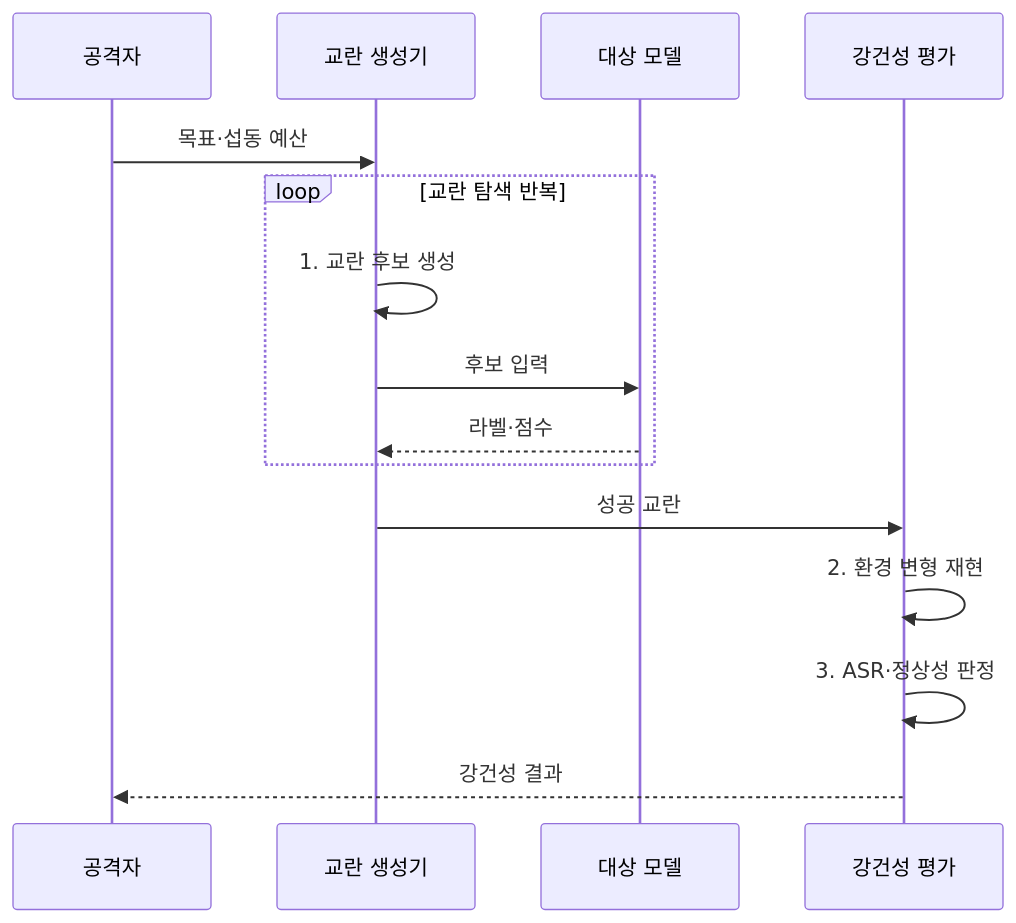
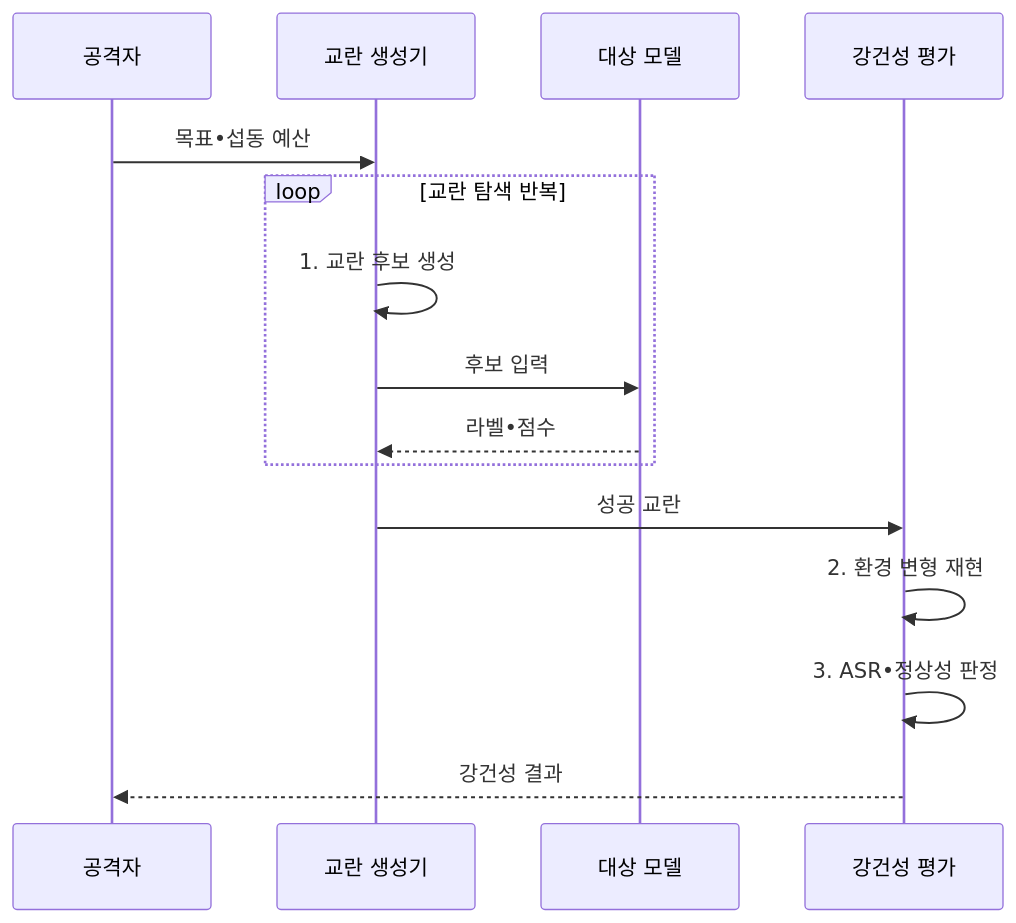
The second of 2 diagrams in src/content/docs/notes/05-security/086_adversarial_example.md (agnusdei1207/knowledge-base), drawn with Mermaid before and after one commit. The commit also changed other lines of this file and 953 other files, not shown here.

````diff
--- a/src/content/docs/notes/05-security/086_adversarial_example.md
+++ b/src/content/docs/notes/05-security/086_adversarial_example.md
@@ -98,17 +98,17 @@
 ```mermaid
 sequenceDiagram
     participant A as 공격자
     participant G as 교란 생성기
     participant M as 대상 모델
     participant E as 강건성 평가
-    A->>G: 목표·섭동 예산
+    A->>G: 목표•섭동 예산
     loop 교란 탐색 반복
         G->>G: 1. 교란 후보 생성
         G->>M: 후보 입력
-        M-->>G: 라벨·점수
+        M-->>G: 라벨•점수
     end
     G->>E: 성공 교란
     E->>E: 2. 환경 변형 재현
-    E->>E: 3. ASR·정상성 판정
+    E->>E: 3. ASR•정상성 판정
     E-->>A: 강건성 결과
 ```
````
